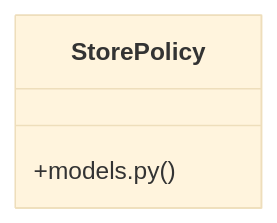
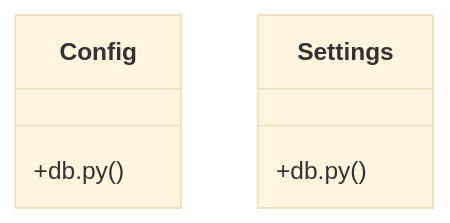
One commit to IHKodifier/kloudshop changed the diagram in graphify-out/wiki/Community_27.md. Above: the diagram before and after it, drawn with Mermaid (base theme). The commit also changed other lines of this file and 51 other files, not shown here.

Commit message:
offloading graphify updatwsto github

````diff
--- a/graphify-out/wiki/Community_27.md
+++ b/graphify-out/wiki/Community_27.md
@@ -23,6 +15,9 @@
 ```mermaid
 classDiagram
-    class StorePolicy {
-        +models.py()
+    class Config {
+        +db.py()
+    }
+    class Settings {
+        +db.py()
     }
 ```
````
